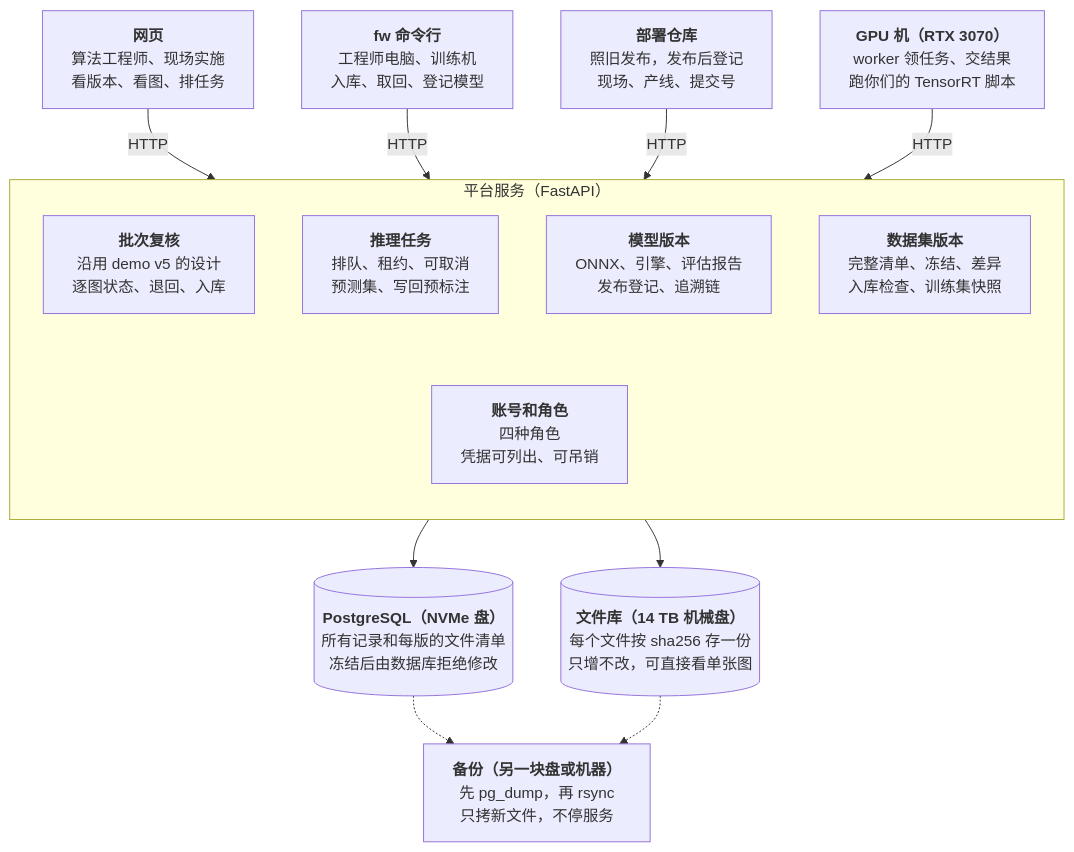
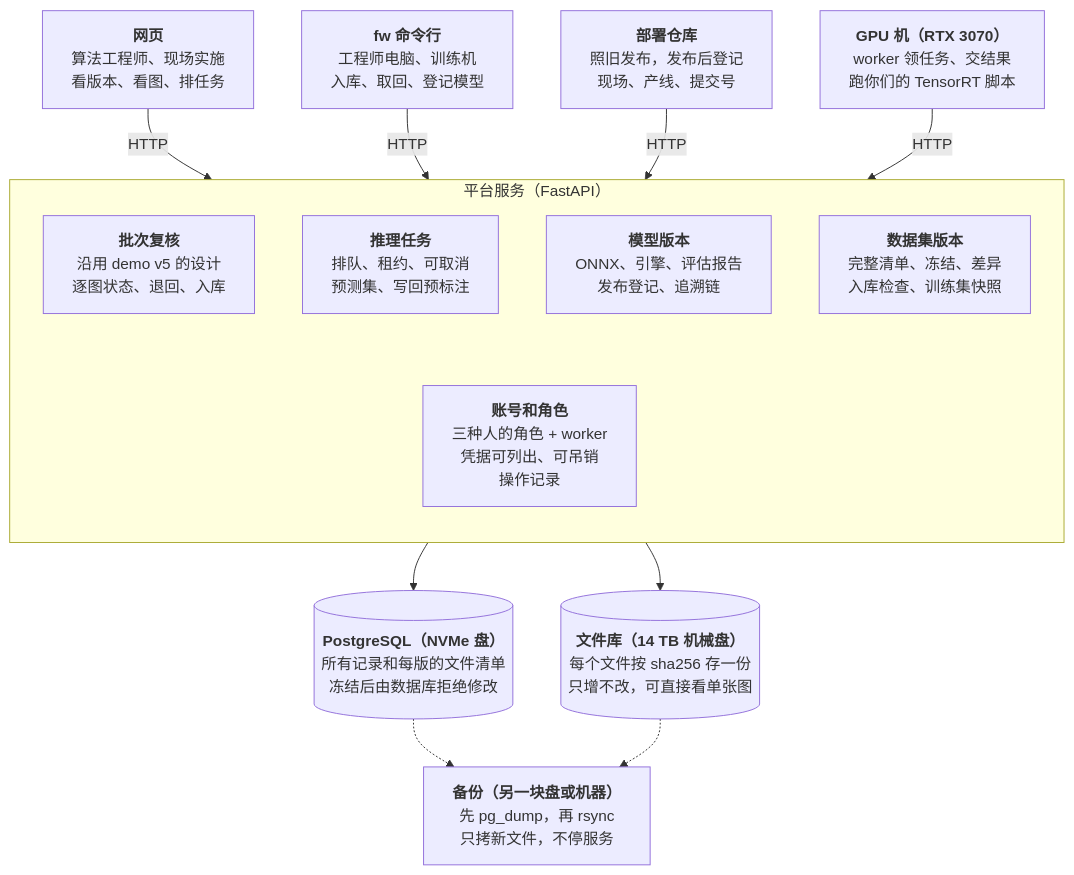
One commit to LorenzoSun-V/aoi-flywheel changed the diagram in docs/architecture.md. Above: the diagram before and after it, drawn with Mermaid. The commit also changed other lines of this file and 27 other files, not shown here.

````diff
--- a/docs/architecture.md
+++ b/docs/architecture.md
@@ -52,33 +52,33 @@
 ```mermaid
 flowchart TB
     web["<b>网页</b><br/>算法工程师、现场实施<br/>看版本、看图、排任务"]
     cli["<b>fw 命令行</b><br/>工程师电脑、训练机<br/>入库、取回、登记模型"]
     dep["<b>部署仓库</b><br/>照旧发布，发布后登记<br/>现场、产线、提交号"]
     gpu["<b>GPU 机（RTX 3070）</b><br/>worker 领任务、交结果<br/>跑你们的 TensorRT 脚本"]
 
     subgraph svc["平台服务（FastAPI）"]
         direction TB
         bat["<b>批次复核</b><br/>沿用 demo v5 的设计<br/>逐图状态、退回、入库"]
         job["<b>推理任务</b><br/>排队、租约、可取消<br/>预测集、写回预标注"]
         mv["<b>模型版本</b><br/>ONNX、引擎、评估报告<br/>发布登记、追溯链"]
         ds["<b>数据集版本</b><br/>完整清单、冻结、差异<br/>入库检查、训练集快照"]
-        acc["<b>账号和角色</b><br/>四种角色<br/>凭据可列出、可吊销"]
+        acc["<b>账号和角色</b><br/>三种人的角色 + worker<br/>凭据可列出、可吊销<br/>操作记录"]
         bat ~~~ acc
         job ~~~ acc
         mv ~~~ acc
         ds ~~~ acc
     end
 
     pg[("<b>PostgreSQL（NVMe 盘）</b><br/>所有记录和每版的文件清单<br/>冻结后由数据库拒绝修改")]
     files[("<b>文件库（14 TB 机械盘）</b><br/>每个文件按 sha256 存一份<br/>只增不改，可直接看单张图")]
     bak["<b>备份（另一块盘或机器）</b><br/>先 pg_dump，再 rsync<br/>只拷新文件，不停服务"]
 
     web -- HTTP --> svc
     cli -- HTTP --> svc
     dep -- HTTP --> svc
     gpu -- HTTP --> svc
     svc --> pg
     svc --> files
     pg -.-> bak
     files -.-> bak
 ```
````
